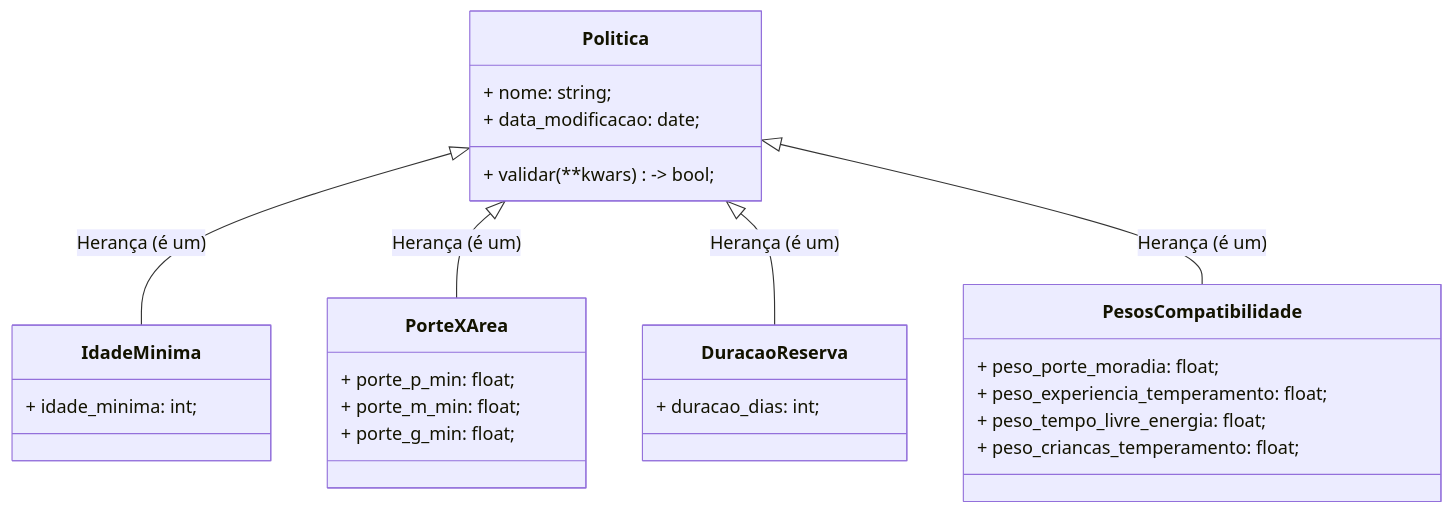
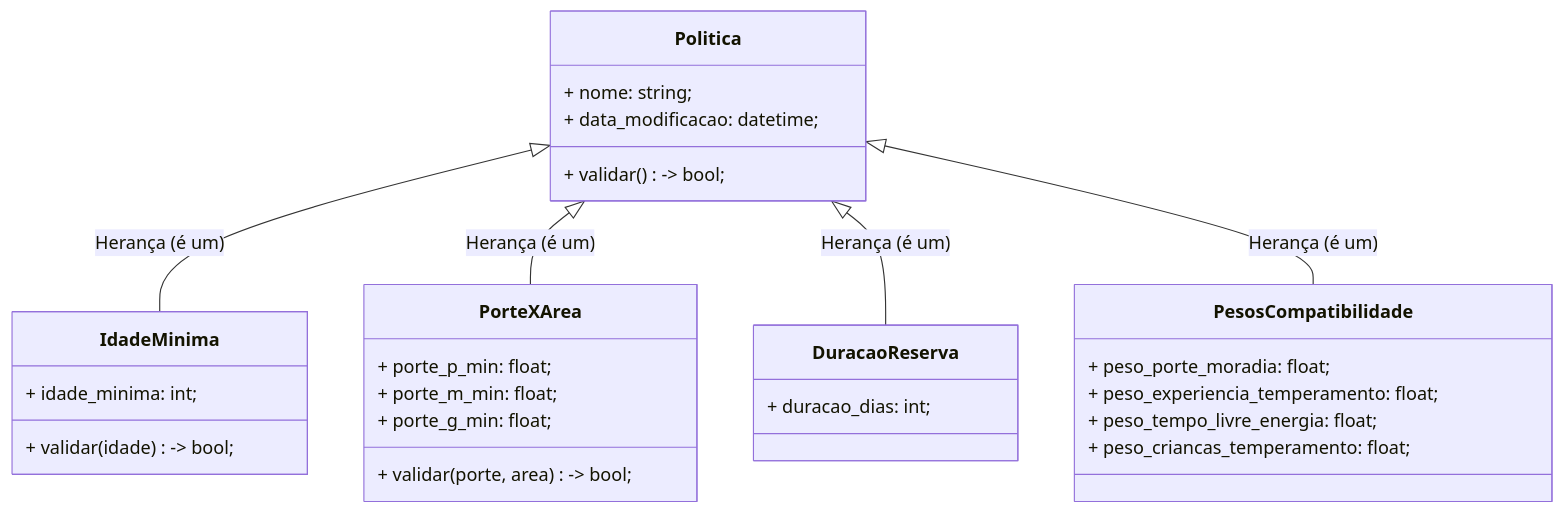
The seventh of 8 diagrams in docs/uml.md (Alisson014/projeto-1-poo-sistema-adocao-animais), drawn with Mermaid before and after one commit. The commit also changed other lines of this file and 2 other files, not shown here.

Commit message:
docs: update documentation to include tests and uml updates

````diff
--- a/docs/uml.md
+++ b/docs/uml.md
@@ -267,36 +265,38 @@
 ```mermaid
 classDiagram
     %% Classes:
     class Politica {
         + nome: string;
-        + data_modificacao: date;
-        + validar(**kwars) -> bool; 
+        + data_modificacao: datetime;
+        + validar() -> bool;
     }
 
     class IdadeMinima {
         + idade_minima: int;
+        + validar(idade) -> bool;
     }
 
     class PorteXArea {
         + porte_p_min: float;
         + porte_m_min: float;
         + porte_g_min: float;
+        + validar(porte, area) -> bool;
     }
 
     class DuracaoReserva {
         + duracao_dias: int;
     }
 
     class PesosCompatibilidade {
         + peso_porte_moradia: float;
         + peso_experiencia_temperamento: float;
         + peso_tempo_livre_energia: float;
         + peso_criancas_temperamento: float;
     }
 
     %% Relacionamentos:
     Politica <|-- IdadeMinima : Herança (é um)
     Politica <|-- PorteXArea : Herança (é um)
     Politica <|-- DuracaoReserva : Herança (é um)
     Politica <|-- PesosCompatibilidade : Herança (é um)
 ```
````
